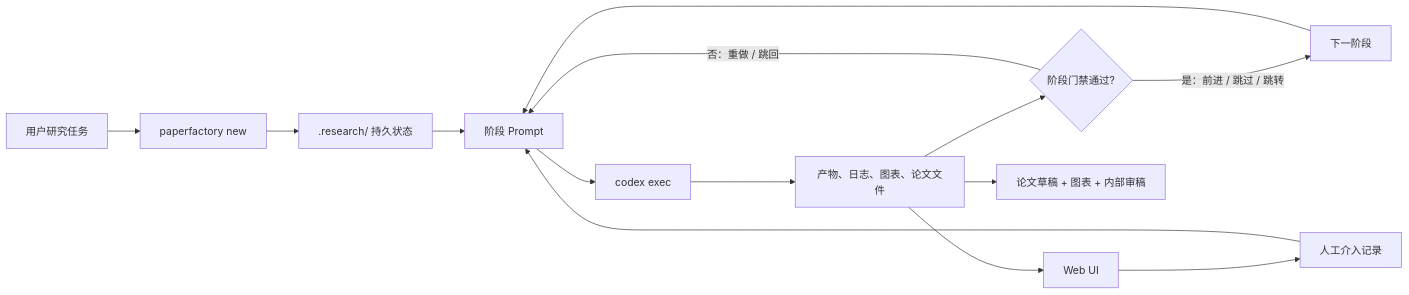
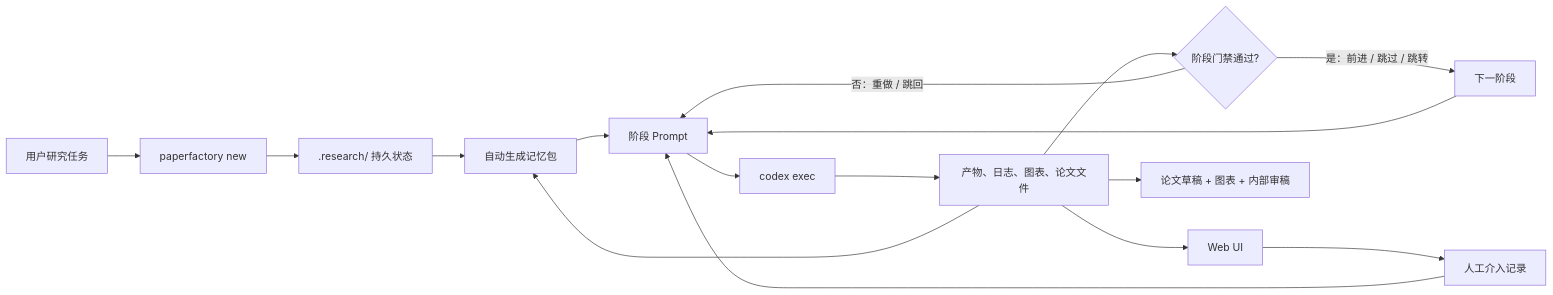
One commit to happystander/codex-PaperFactory changed the second of 2 diagrams in README.md. Above: the diagram before and after it, drawn with Mermaid. The commit also changed other lines of this file and 8 other files, not shown here.

````diff
--- a/README.md
+++ b/README.md
@@ -345,16 +350,18 @@
 ```mermaid
 flowchart LR
     U["用户研究任务"] --> PF["paperfactory new"]
     PF --> R[".research/ 持久状态"]
-    R --> P["阶段 Prompt"]
+    R --> M["自动生成记忆包"]
+    M --> P["阶段 Prompt"]
     P --> C["codex exec"]
     C --> A["产物、日志、图表、论文文件"]
+    A --> M
     A --> G{"阶段门禁通过?"}
     G -- "否：重做 / 跳回" --> P
     G -- "是：前进 / 跳过 / 跳转" --> N["下一阶段"]
     N --> P
     A --> UI["Web UI"]
     UI --> H["人工介入记录"]
     H --> P
     A --> D["论文草稿 + 图表 + 内部审稿"]
 ```
````
